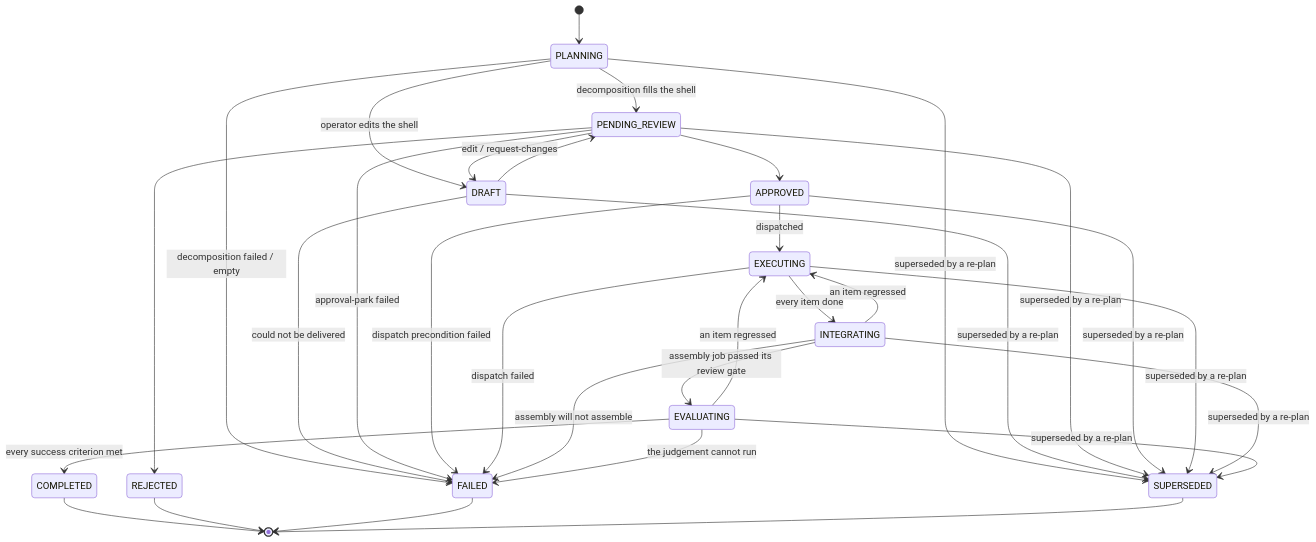
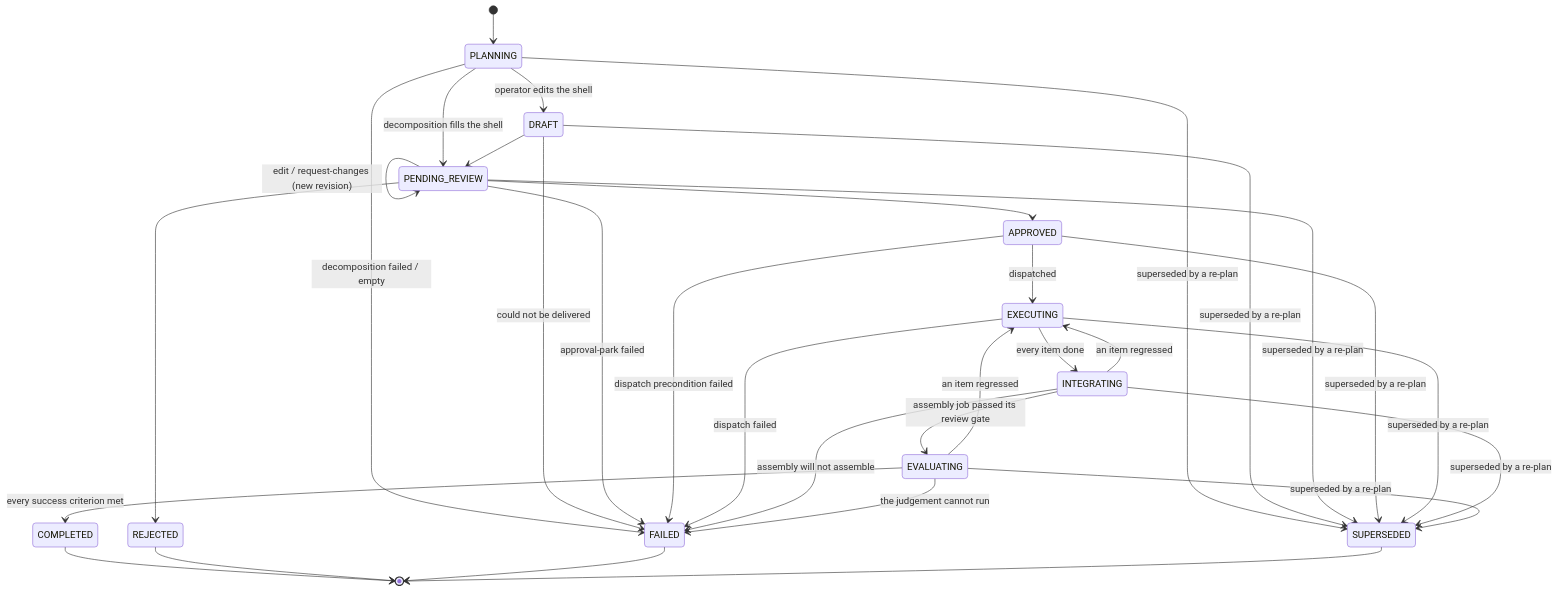
One commit to Aureliolo/synthorg changed the diagram in docs/design/plan-review.md. Above: the diagram before and after it, drawn with Mermaid. The commit also changed other lines of this file and 245 other files, not shown here.

````diff
--- a/docs/design/plan-review.md
+++ b/docs/design/plan-review.md
@@ -177,34 +195,34 @@
 ```mermaid
 stateDiagram-v2
     [*] --> PLANNING
     PLANNING --> PENDING_REVIEW: decomposition fills the shell
     PLANNING --> DRAFT: operator edits the shell
     PLANNING --> FAILED: decomposition failed / empty
     PLANNING --> SUPERSEDED: superseded by a re-plan
     DRAFT --> PENDING_REVIEW
     DRAFT --> FAILED: could not be delivered
     PENDING_REVIEW --> APPROVED
     PENDING_REVIEW --> REJECTED
     PENDING_REVIEW --> FAILED: approval-park failed
-    PENDING_REVIEW --> DRAFT: edit / request-changes
+    PENDING_REVIEW --> PENDING_REVIEW: edit / request-changes (new revision)
     DRAFT --> SUPERSEDED: superseded by a re-plan
     PENDING_REVIEW --> SUPERSEDED: superseded by a re-plan
     APPROVED --> EXECUTING: dispatched
     APPROVED --> FAILED: dispatch precondition failed
     APPROVED --> SUPERSEDED: superseded by a re-plan
     EXECUTING --> INTEGRATING: every item done
     EXECUTING --> FAILED: dispatch failed
     EXECUTING --> SUPERSEDED: superseded by a re-plan
     INTEGRATING --> EVALUATING: assembly job passed its review gate
     INTEGRATING --> EXECUTING: an item regressed
     INTEGRATING --> SUPERSEDED: superseded by a re-plan
     INTEGRATING --> FAILED: assembly will not assemble
     EVALUATING --> COMPLETED: every success criterion met
     EVALUATING --> EXECUTING: an item regressed
     EVALUATING --> SUPERSEDED: superseded by a re-plan
     EVALUATING --> FAILED: the judgement cannot run
     COMPLETED --> [*]
     REJECTED --> [*]
     FAILED --> [*]
     SUPERSEDED --> [*]
 ```
````
